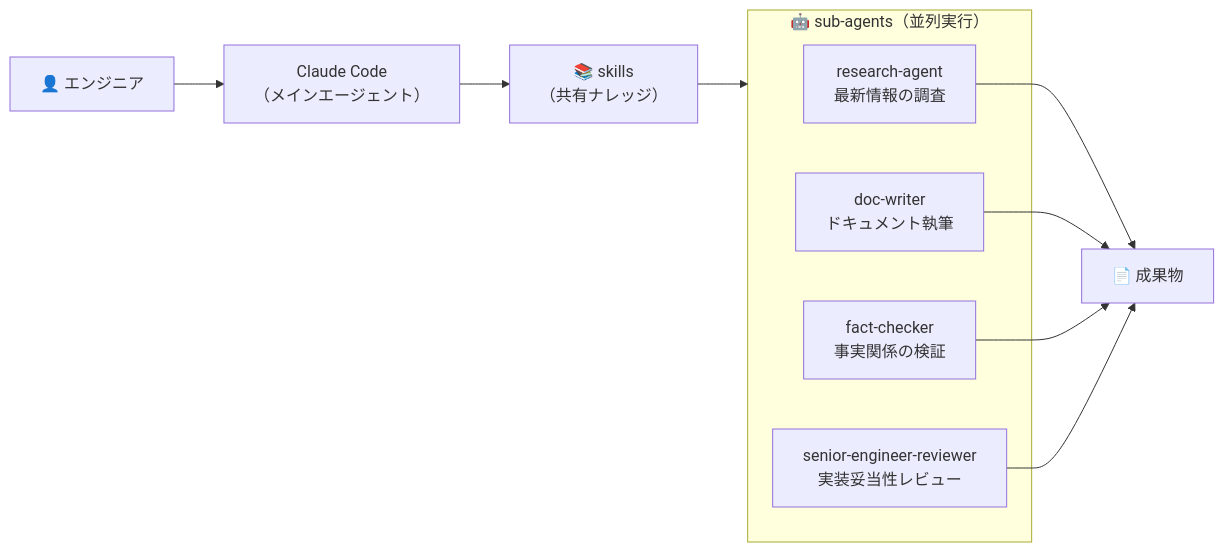
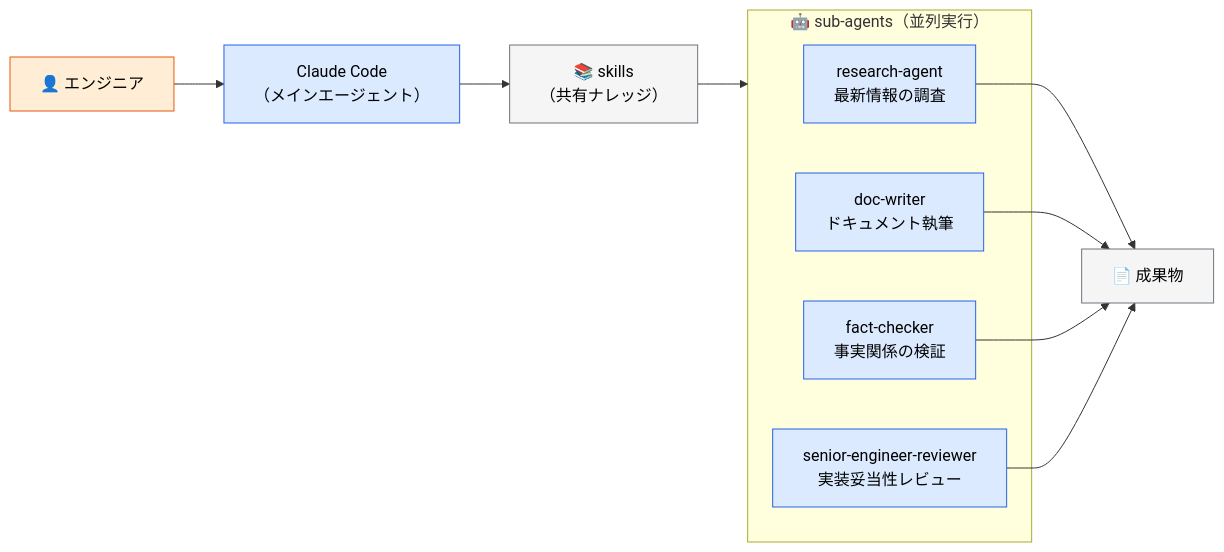
One commit to takuma39/ai changed the third of 48 diagrams in AI駆動開発.md. Above: the diagram before and after it, drawn with Mermaid. The commit also changed other lines of this file, not shown here.

````diff
--- a/AI駆動開発.md
+++ b/AI駆動開発.md
@@ -107,17 +118,26 @@
 ```mermaid
 flowchart LR
     Human["👤 エンジニア"] --> CC["Claude Code<br/>（メインエージェント）"]
 
     CC --> Skills["📚 skills<br/>（共有ナレッジ）"]
 
     subgraph SubAgents["🤖 sub-agents（並列実行）"]
         SA1["research-agent<br/>最新情報の調査"]
         SA2["doc-writer<br/>ドキュメント執筆"]
         SA3["fact-checker<br/>事実関係の検証"]
         SA4["senior-engineer-reviewer<br/>実装妥当性レビュー"]
     end
 
     Skills --> SubAgents
 
     SA1 & SA2 & SA3 & SA4 --> Output["📄 成果物"]
+
+    style Human fill:#ffedd5,stroke:#ea580c,color:#000
+    style CC fill:#dbeafe,stroke:#2563eb,color:#000
+    style Skills fill:#f5f5f5,stroke:#6c757d,color:#000
+    style SA1 fill:#dbeafe,stroke:#2563eb,color:#000
+    style SA2 fill:#dbeafe,stroke:#2563eb,color:#000
+    style SA3 fill:#dbeafe,stroke:#2563eb,color:#000
+    style SA4 fill:#dbeafe,stroke:#2563eb,color:#000
+    style Output fill:#f5f5f5,stroke:#6c757d,color:#000
 ```
````
